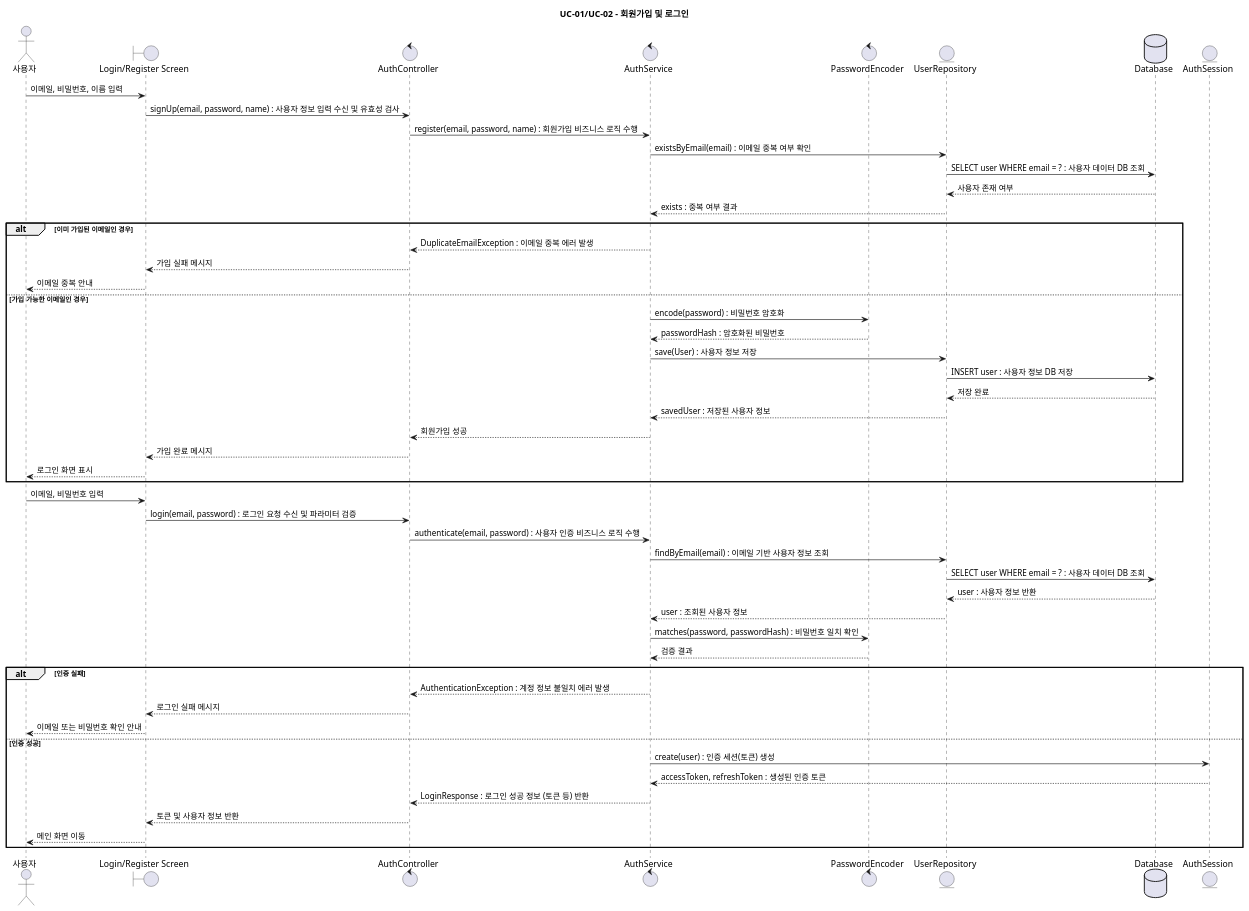
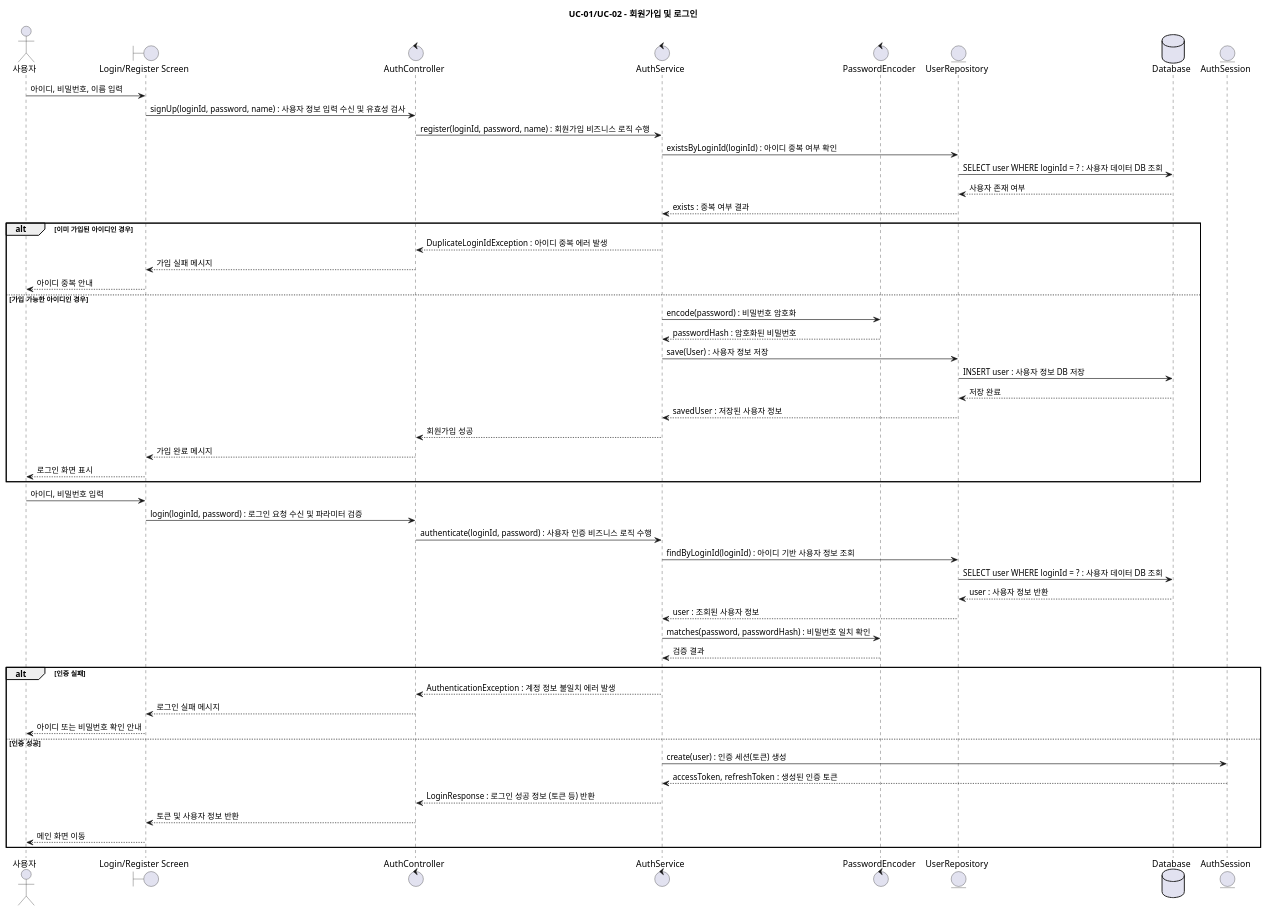
One commit to jeongiryang/SoftwareEngineering_team15_project_-Smart-Edu-Platform changed the first of 15 diagrams in docs/design/plantuml/sequence-diagrams.puml. Above: the diagram before and after it, drawn with PlantUML. The commit also changed 55 other files, not shown here.

Commit message:
[refactor] 로그인 식별자 email에서 loginId로 전환

```diff
--- a/docs/design/plantuml/sequence-diagrams.puml
+++ b/docs/design/plantuml/sequence-diagrams.puml
@@ -1,59 +1,59 @@
 @startuml UC01-02_SignUpLogin
 title UC-01/UC-02 - 회원가입 및 로그인
 
 actor "사용자" as User
 boundary "Login/Register Screen" as UI
 control "AuthController" as AuthController
 control "AuthService" as AuthService
 control "PasswordEncoder" as PasswordEncoder
 entity "UserRepository" as UserRepository
 database "Database" as DB
 entity "AuthSession" as AuthSession
 
-User -> UI: 이메일, 비밀번호, 이름 입력
-UI -> AuthController: signUp(email, password, name) : 사용자 정보 입력 수신 및 유효성 검사
-AuthController -> AuthService: register(email, password, name) : 회원가입 비즈니스 로직 수행
-AuthService -> UserRepository: existsByEmail(email) : 이메일 중복 여부 확인
-UserRepository -> DB: SELECT user WHERE email = ? : 사용자 데이터 DB 조회
+User -> UI: 아이디, 비밀번호, 이름 입력
+UI -> AuthController: signUp(loginId, password, name) : 사용자 정보 입력 수신 및 유효성 검사
+AuthController -> AuthService: register(loginId, password, name) : 회원가입 비즈니스 로직 수행
+AuthService -> UserRepository: existsByLoginId(loginId) : 아이디 중복 여부 확인
+UserRepository -> DB: SELECT user WHERE loginId = ? : 사용자 데이터 DB 조회
 DB --> UserRepository: 사용자 존재 여부
 UserRepository --> AuthService: exists : 중복 여부 결과
 
-alt 이미 가입된 이메일인 경우
-  AuthService --> AuthController: DuplicateEmailException : 이메일 중복 에러 발생
+alt 이미 가입된 아이디인 경우
+  AuthService --> AuthController: DuplicateLoginIdException : 아이디 중복 에러 발생
   AuthController --> UI: 가입 실패 메시지
-  UI --> User: 이메일 중복 안내
-else 가입 가능한 이메일인 경우
+  UI --> User: 아이디 중복 안내
+else 가입 가능한 아이디인 경우
   AuthService -> PasswordEncoder: encode(password) : 비밀번호 암호화
   PasswordEncoder --> AuthService: passwordHash : 암호화된 비밀번호
   AuthService -> UserRepository: save(User) : 사용자 정보 저장
   UserRepository -> DB: INSERT user : 사용자 정보 DB 저장
   DB --> UserRepository: 저장 완료
   UserRepository --> AuthService: savedUser : 저장된 사용자 정보
   AuthService --> AuthController: 회원가입 성공
   AuthController --> UI: 가입 완료 메시지
   UI --> User: 로그인 화면 표시
 end
 
-User -> UI: 이메일, 비밀번호 입력
-UI -> AuthController: login(email, password) : 로그인 요청 수신 및 파라미터 검증
-AuthController -> AuthService: authenticate(email, password) : 사용자 인증 비즈니스 로직 수행
-AuthService -> UserRepository: findByEmail(email) : 이메일 기반 사용자 정보 조회
-UserRepository -> DB: SELECT user WHERE email = ? : 사용자 데이터 DB 조회
+User -> UI: 아이디, 비밀번호 입력
+UI -> AuthController: login(loginId, password) : 로그인 요청 수신 및 파라미터 검증
+AuthController -> AuthService: authenticate(loginId, password) : 사용자 인증 비즈니스 로직 수행
+AuthService -> UserRepository: findByLoginId(loginId) : 아이디 기반 사용자 정보 조회
+UserRepository -> DB: SELECT user WHERE loginId = ? : 사용자 데이터 DB 조회
 DB --> UserRepository: user : 사용자 정보 반환
 UserRepository --> AuthService: user : 조회된 사용자 정보
 AuthService -> PasswordEncoder: matches(password, passwordHash) : 비밀번호 일치 확인
 PasswordEncoder --> AuthService: 검증 결과
 
 alt 인증 실패
   AuthService --> AuthController: AuthenticationException : 계정 정보 불일치 에러 발생
   AuthController --> UI: 로그인 실패 메시지
-  UI --> User: 이메일 또는 비밀번호 확인 안내
+  UI --> User: 아이디 또는 비밀번호 확인 안내
 else 인증 성공
   AuthService -> AuthSession: create(user) : 인증 세션(토큰) 생성
   AuthSession --> AuthService: accessToken, refreshToken : 생성된 인증 토큰
   AuthService --> AuthController: LoginResponse : 로그인 성공 정보 (토큰 등) 반환
   AuthController --> UI: 토큰 및 사용자 정보 반환
   UI --> User: 메인 화면 이동
 end
 
 @enduml
```
